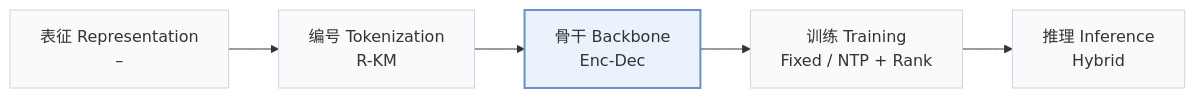
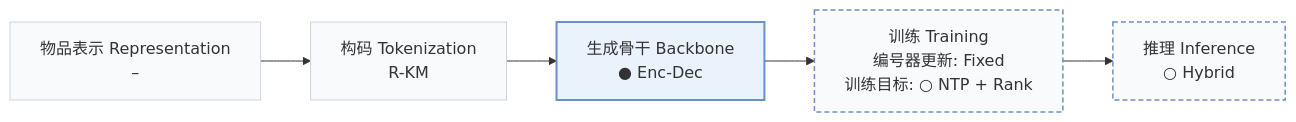
The first of 2 diagrams in pages/zh/papers/gryphon.md (Galaxy-ghost/Awesome-SID-Generative-Rec), drawn with Mermaid before and after one commit. The commit also changed other lines of this file and 558 other files, not shown here.

````diff
--- a/pages/zh/papers/gryphon.md
+++ b/pages/zh/papers/gryphon.md
@@ -15,8 +18,10 @@
 ```mermaid
 flowchart LR
-    R["表征 Representation<br/>–"] --> T["编号 Tokenization<br/>R-KM"] --> B["骨干 Backbone<br/>Enc-Dec"] --> TR["训练 Training<br/>Fixed / NTP + Rank"] --> I["推理 Inference<br/>Hybrid"]
+    R["物品表示 Representation<br/>–"] --> T["构码 Tokenization<br/>R-KM"] --> B["生成骨干 Backbone<br/>● Enc-Dec"] --> TR["训练 Training<br/>编号器更新: Fixed<br/>训练目标: ○ NTP + Rank"] --> I["推理 Inference<br/>○ Hybrid"]
     classDef base fill:#f8fafc,stroke:#cbd5e1
     class R,T,B,TR,I base
+    classDef other fill:#f8fafc,stroke:#6b8fc7,stroke-width:1.5px,stroke-dasharray:5 3
+    class TR,I other
     classDef main fill:#eaf2fb,stroke:#6b8fc7,stroke-width:2px
     class B main
 ```
````
